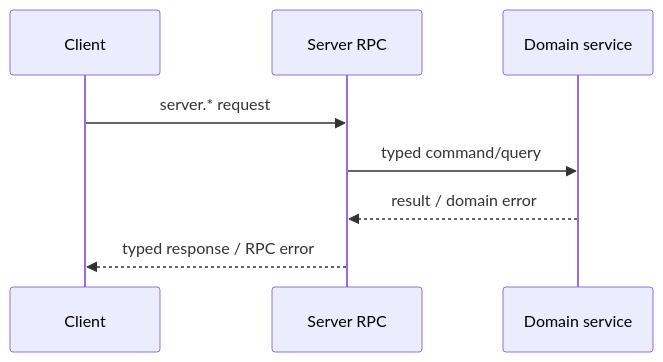
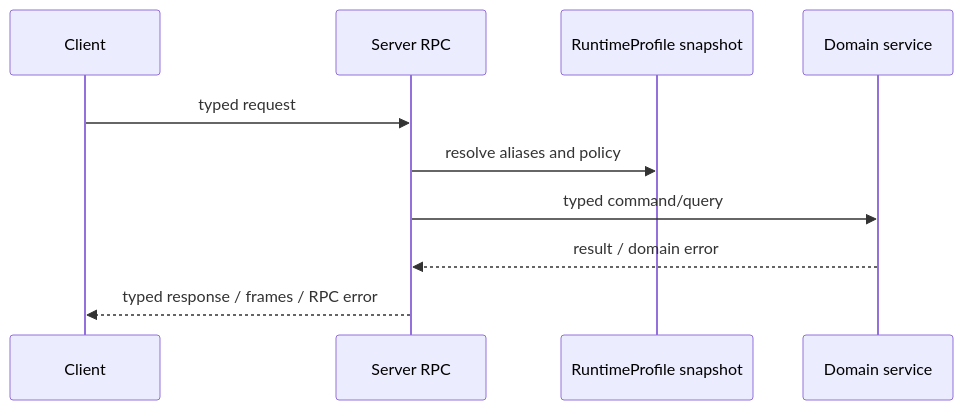
Before and after one commit to GizClaw/gizclaw: the diagram in guides/en/developing/api/proto/rpc/server-provided-to-client.md, drawn with Mermaid. The commit also changed other lines of this file and 290 other files, not shown here.

First line of the commit message:
runtime: deliver profile resources and standalone speech RPCs (#416)

````diff
--- a/guides/en/developing/api/proto/rpc/server-provided-to-client.md
+++ b/guides/en/developing/api/proto/rpc/server-provided-to-client.md
@@ -42,10 +32,12 @@
 ```mermaid
 sequenceDiagram
     participant Client
     participant RPC as Server RPC
+    participant Profile as RuntimeProfile snapshot
     participant Service as Domain service
-    Client->>RPC: server.* request
+    Client->>RPC: typed request
+    RPC->>Profile: resolve aliases and policy
     RPC->>Service: typed command/query
     Service-->>RPC: result / domain error
-    RPC-->>Client: typed response / RPC error
+    RPC-->>Client: typed response / frames / RPC error
 ```
````
